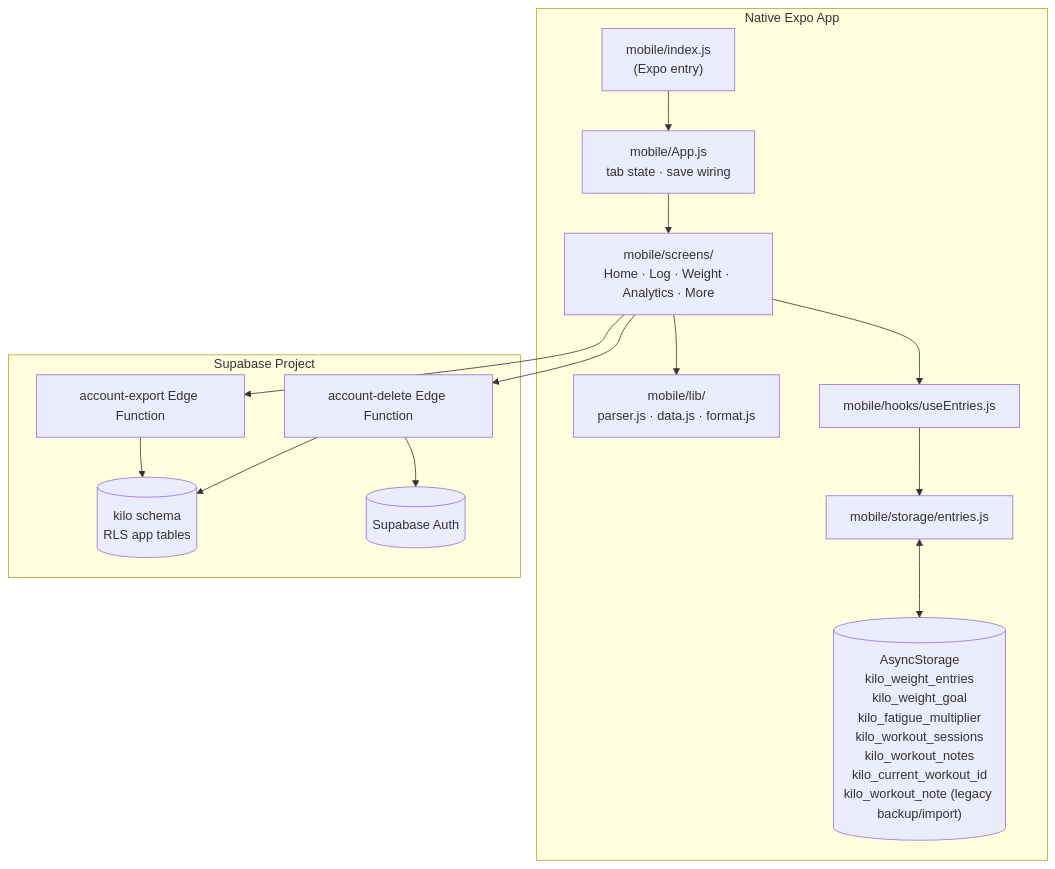
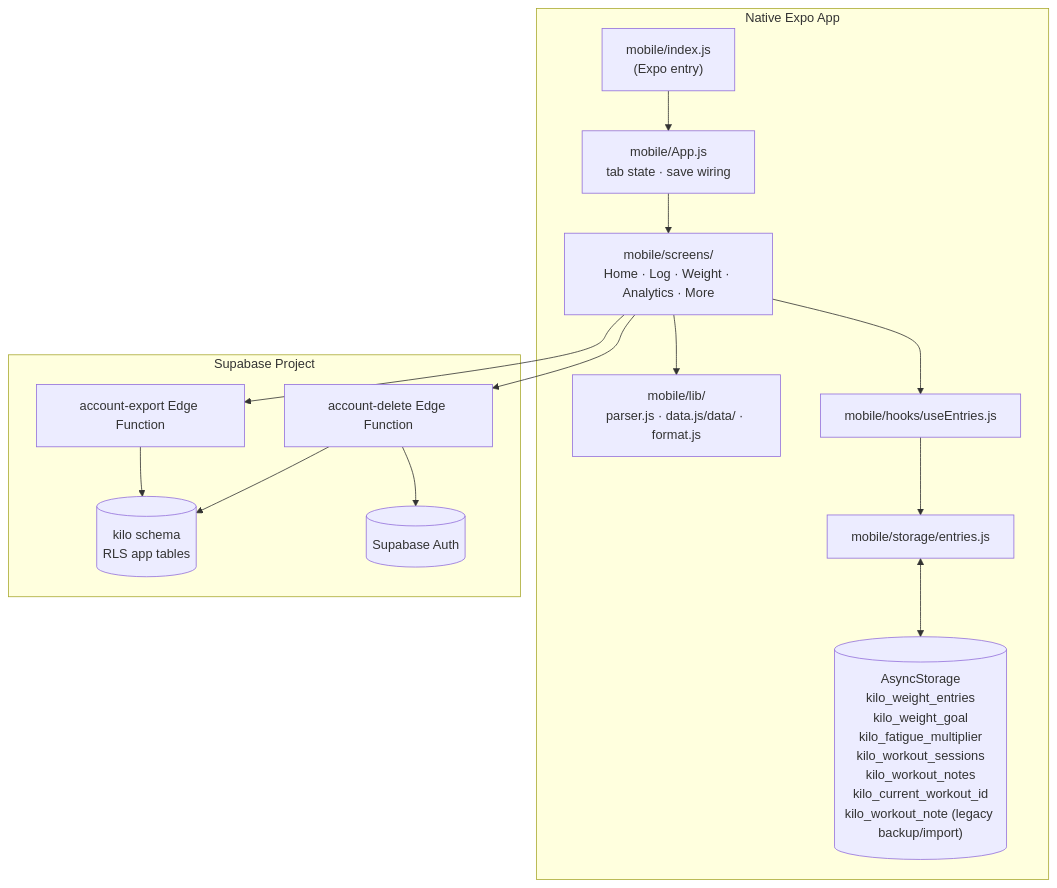
The diagram in docs/architecture.md (bpronin90/kilo), drawn with Mermaid before and after one commit. The commit also changed other lines of this file and 6 other files, not shown here.

````diff
--- a/docs/architecture.md
+++ b/docs/architecture.md
@@ -13,30 +13,30 @@
 ```mermaid
 graph TD
     subgraph expo["Native Expo App"]
         ExpoEntry["mobile/index.js\n(Expo entry)"]
         AppJs["mobile/App.js\ntab state · save wiring"]
         NativeScreens["mobile/screens/\nHome · Log · Weight · Analytics · More"]
-        NativeLib["mobile/lib/\nparser.js · data.js · format.js"]
+        NativeLib["mobile/lib/\nparser.js · data.js/data/ · format.js"]
         NativeHooks["mobile/hooks/useEntries.js"]
         NativeStorage["mobile/storage/entries.js"]
         AS[("AsyncStorage\nkilo_weight_entries\nkilo_weight_goal\nkilo_fatigue_multiplier\nkilo_workout_sessions\nkilo_workout_notes\nkilo_current_workout_id\nkilo_workout_note (legacy backup/import)")]
     end
     subgraph supabase["Supabase Project"]
         EdgeExport["account-export Edge Function"]
         EdgeDelete["account-delete Edge Function"]
         KiloSchema[("kilo schema\nRLS app tables")]
         Auth[("Supabase Auth")]
     end
 
     ExpoEntry --> AppJs
     AppJs --> NativeScreens
     NativeScreens --> NativeLib
     NativeScreens --> NativeHooks
     NativeHooks --> NativeStorage
     NativeStorage <--> AS
     NativeScreens --> EdgeExport
     NativeScreens --> EdgeDelete
     EdgeExport --> KiloSchema
     EdgeDelete --> KiloSchema
     EdgeDelete --> Auth
 ```
````
